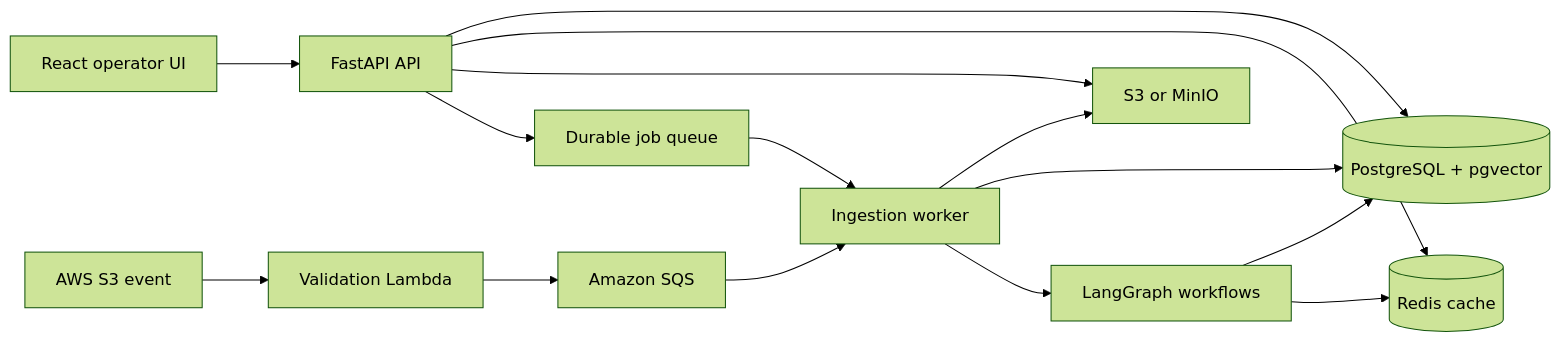
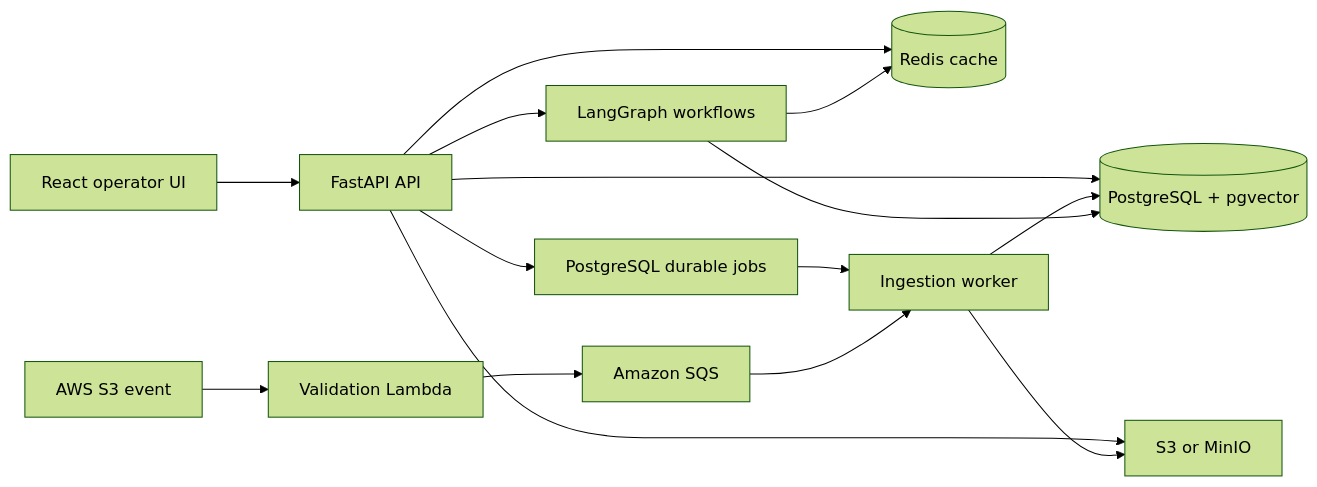
The first of 3 diagrams in docs/architecture.md (weihaog1/agentflow), drawn with Mermaid (forest theme) before and after one commit. The commit also changed other lines of this file and 7 other files, not shown here.

````diff
--- a/docs/architecture.md
+++ b/docs/architecture.md
@@ -17,17 +17,17 @@
 ```mermaid
 flowchart LR
     UI["React operator UI"] --> API["FastAPI API"]
     API --> DB[("PostgreSQL + pgvector")]
     API --> CACHE[("Redis cache")]
     API --> STORE["S3 or MinIO"]
-    API --> JOBS["Durable job queue"]
+    API --> JOBS["PostgreSQL durable jobs"]
     JOBS --> WORKER["Ingestion worker"]
     WORKER --> STORE
     WORKER --> DB
-    WORKER --> GRAPH["LangGraph workflows"]
+    API --> GRAPH["LangGraph workflows"]
     GRAPH --> DB
     GRAPH --> CACHE
     S3["AWS S3 event"] --> LAMBDA["Validation Lambda"]
     LAMBDA --> SQS["Amazon SQS"]
     SQS --> WORKER
 ```
````
